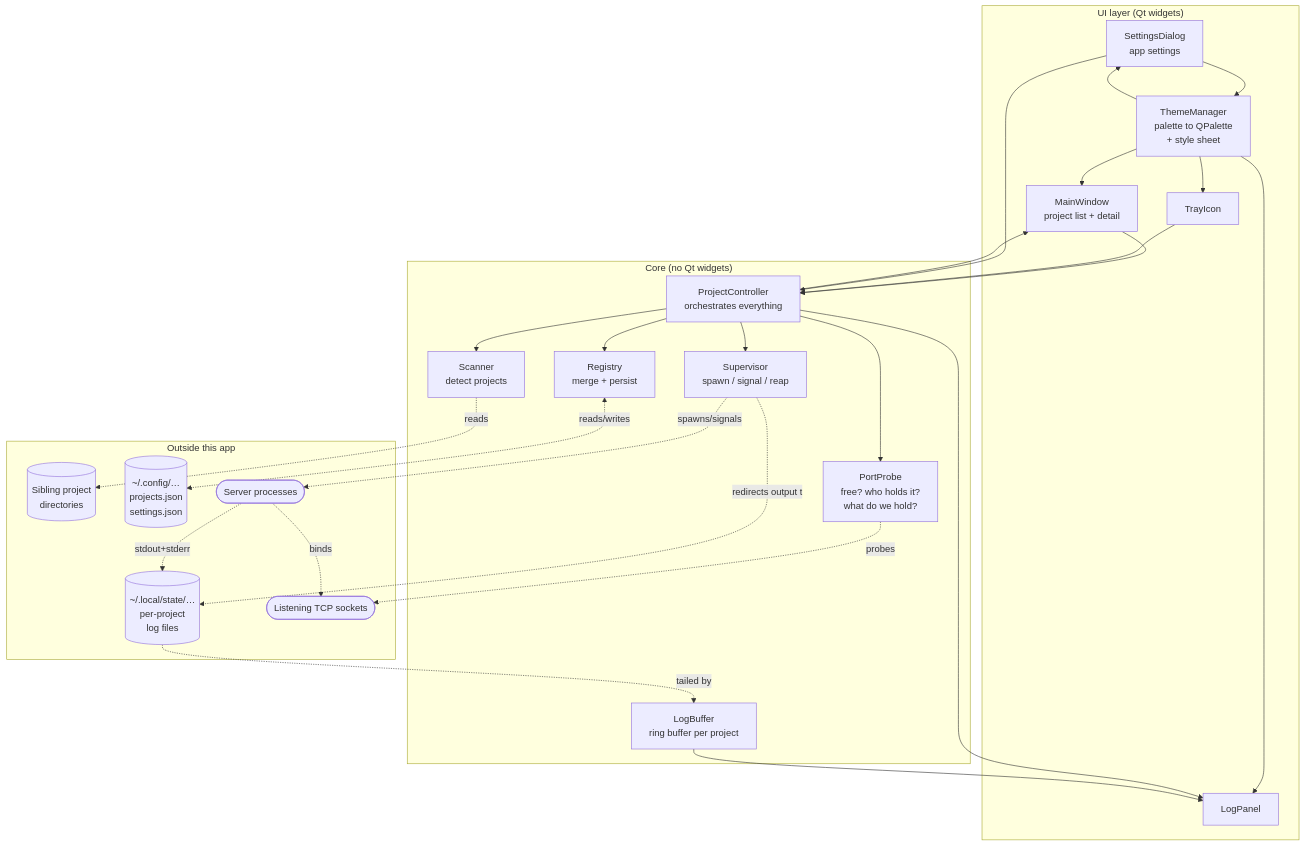
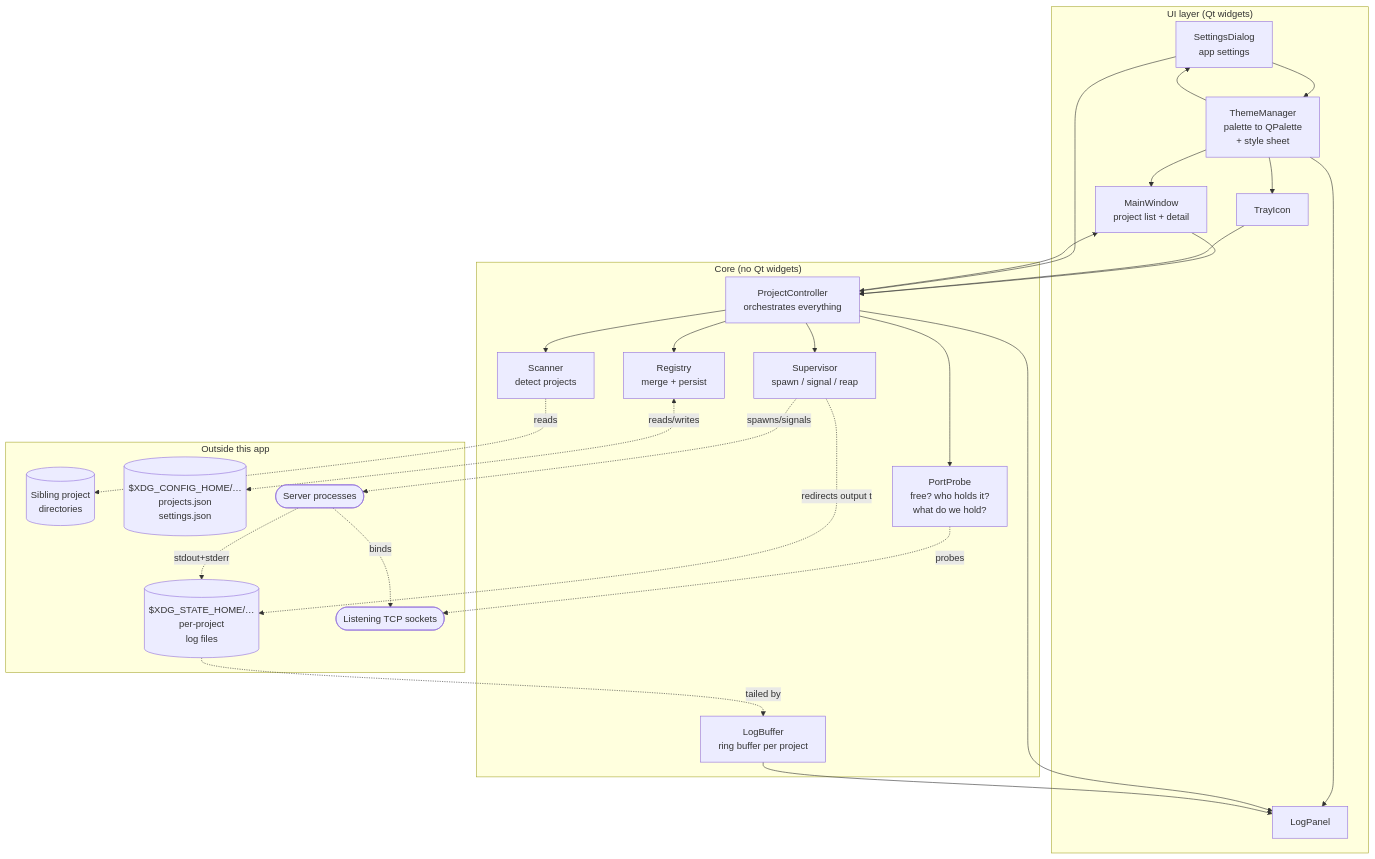
The diagram in docs/design.md (milnet01/LocalWebServerManager), drawn with Mermaid before and after one commit. The commit also changed other lines of this file and 10 other files, not shown here.

````diff
--- a/docs/design.md
+++ b/docs/design.md
@@ -43,53 +43,53 @@
 ```mermaid
 flowchart TB
     subgraph ui["UI layer (Qt widgets)"]
         MW[MainWindow<br/>project list + detail]
         LP[LogPanel]
         TR[TrayIcon]
         SD[SettingsDialog<br/>app settings]
         THM[ThemeManager<br/>palette to QPalette<br/>+ style sheet]
     end
 
     subgraph core["Core (no Qt widgets)"]
         CTL[ProjectController<br/>orchestrates everything]
         SUP[Supervisor<br/>spawn / signal / reap]
         PRB[PortProbe<br/>free? who holds it?<br/>what do we hold?]
         SCN[Scanner<br/>detect projects]
         REG[Registry<br/>merge + persist]
         LOG[LogBuffer<br/>ring buffer per project]
     end
 
     subgraph outside["Outside this app"]
         FS[(Sibling project<br/>directories)]
-        CFG[(~/.config/…<br/>projects.json<br/>settings.json)]
-        LOGF[(~/.local/state/…<br/>per-project<br/>log files)]
+        CFG[($XDG_CONFIG_HOME/…<br/>projects.json<br/>settings.json)]
+        LOGF[($XDG_STATE_HOME/…<br/>per-project<br/>log files)]
         PROC([Server processes])
         NET([Listening TCP sockets])
     end
 
     MW --> CTL
     TR --> CTL
     SD --> CTL
     SD --> THM
     THM --> MW
     THM --> LP
     THM --> TR
     THM --> SD
     CTL --> LP
     CTL --> MW
 
     CTL --> SUP
     CTL --> PRB
     CTL --> SCN
     CTL --> REG
     LOG --> LP
 
     SCN -.reads.-> FS
     REG <-.reads/writes.-> CFG
     SUP -.spawns/signals.-> PROC
     SUP -.redirects output to.-> LOGF
     PROC -.stdout+stderr.-> LOGF
     LOGF -.tailed by.-> LOG
     PRB -.probes.-> NET
     PROC -.binds.-> NET
 ```
````
